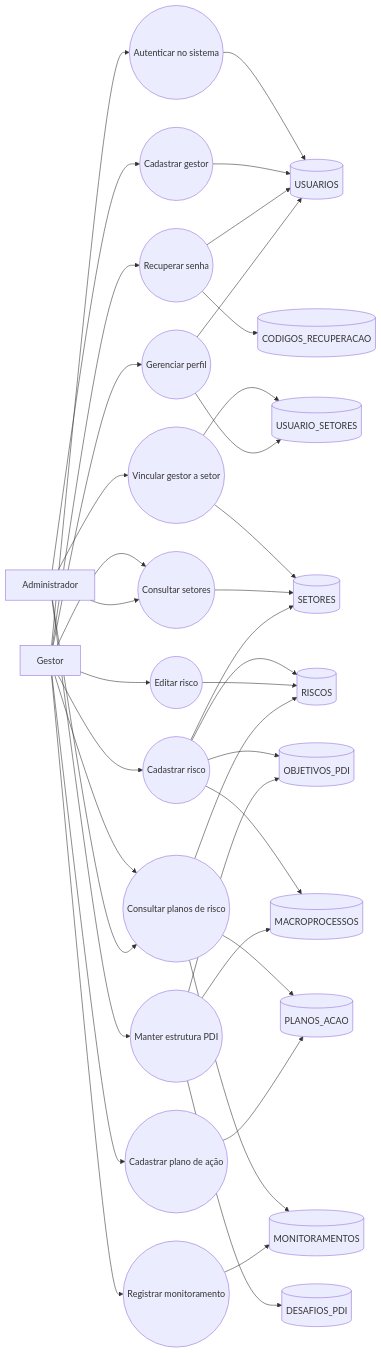
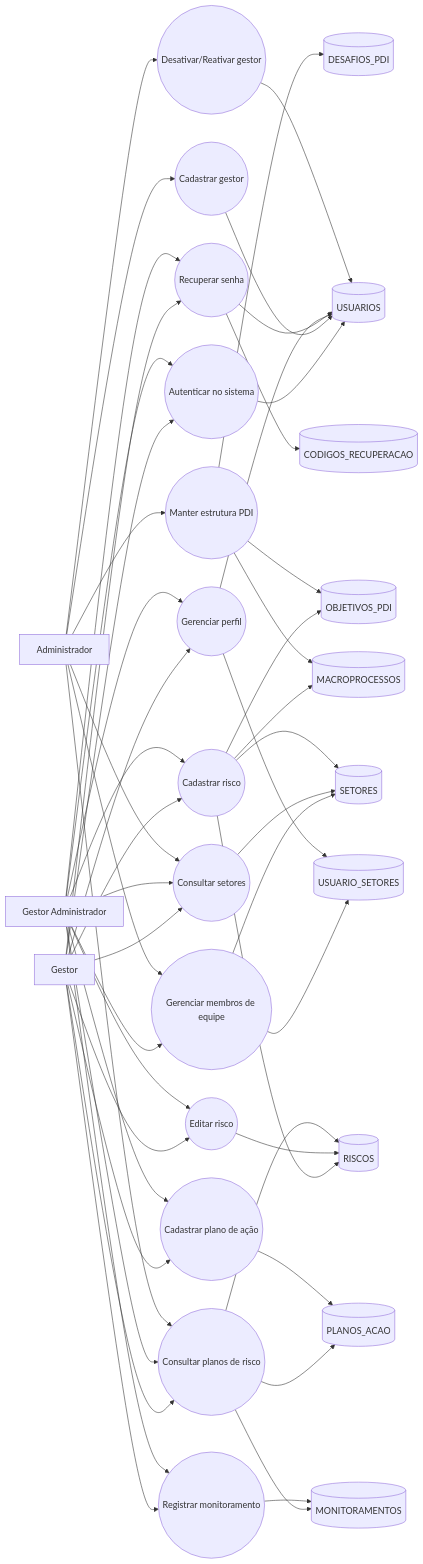
One commit to CTISM-Prof-Henry/software-formularios-mirai-tech changed the second of 2 diagrams in docs/banco-de-dados.md. Above: the diagram before and after it, drawn with Mermaid. The commit also changed other lines of this file and 6 other files, not shown here.

````diff
--- a/docs/banco-de-dados.md
+++ b/docs/banco-de-dados.md
@@ -168,57 +182,72 @@
 ```mermaid
 flowchart LR
     gestor[Gestor]
+    gestorAdm[Gestor Administrador]
     admin[Administrador]
 
     uc1((Autenticar no sistema))
     uc2((Cadastrar gestor))
-    uc3((Vincular gestor a setor))
+    uc3((Gerenciar membros de equipe))
     uc4((Recuperar senha))
     uc5((Gerenciar perfil))
     uc6((Consultar setores))
     uc7((Cadastrar risco))
     uc8((Editar risco))
     uc9((Consultar planos de risco))
     uc10((Cadastrar plano de ação))
     uc11((Registrar monitoramento))
     uc12((Manter estrutura PDI))
+    uc13((Desativar/Reativar gestor))
 
     gestor --> uc1
     gestor --> uc4
     gestor --> uc5
     gestor --> uc6
     gestor --> uc7
     gestor --> uc8
     gestor --> uc9
     gestor --> uc10
     gestor --> uc11
 
+    gestorAdm --> uc1
+    gestorAdm --> uc4
+    gestorAdm --> uc5
+    gestorAdm --> uc6
+    gestorAdm --> uc7
+    gestorAdm --> uc8
+    gestorAdm --> uc9
+    gestorAdm --> uc10
+    gestorAdm --> uc11
+    gestorAdm --> uc3
+
     admin --> uc2
     admin --> uc3
     admin --> uc12
     admin --> uc6
     admin --> uc9
+    admin --> uc13
 
     uc1 --> db1[(USUARIOS)]
     uc2 --> db1
     uc3 --> db2[(USUARIO_SETORES)]
     uc3 --> db3[(SETORES)]
     uc4 --> db4[(CODIGOS_RECUPERACAO)]
     uc4 --> db1
     uc5 --> db1
     uc5 --> db2
     uc6 --> db3
     uc7 --> db5[(RISCOS)]
     uc7 --> db3
     uc7 --> db6[(OBJETIVOS_PDI)]
     uc7 --> db7[(MACROPROCESSOS)]
     uc8 --> db5
     uc9 --> db5
     uc9 --> db8[(PLANOS_ACAO)]
     uc9 --> db9[(MONITORAMENTOS)]
     uc10 --> db8
     uc11 --> db9
     uc12 --> db10[(DESAFIOS_PDI)]
     uc12 --> db6
     uc12 --> db7
+    uc13 --> db1
 ```
````
